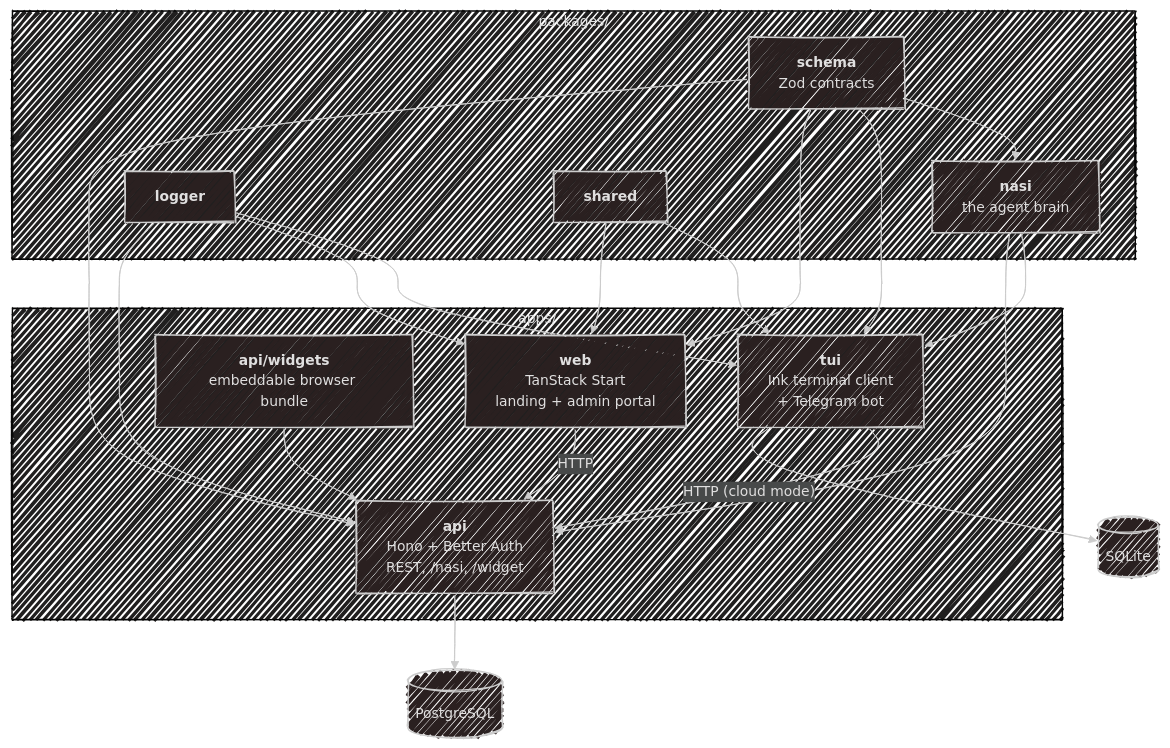
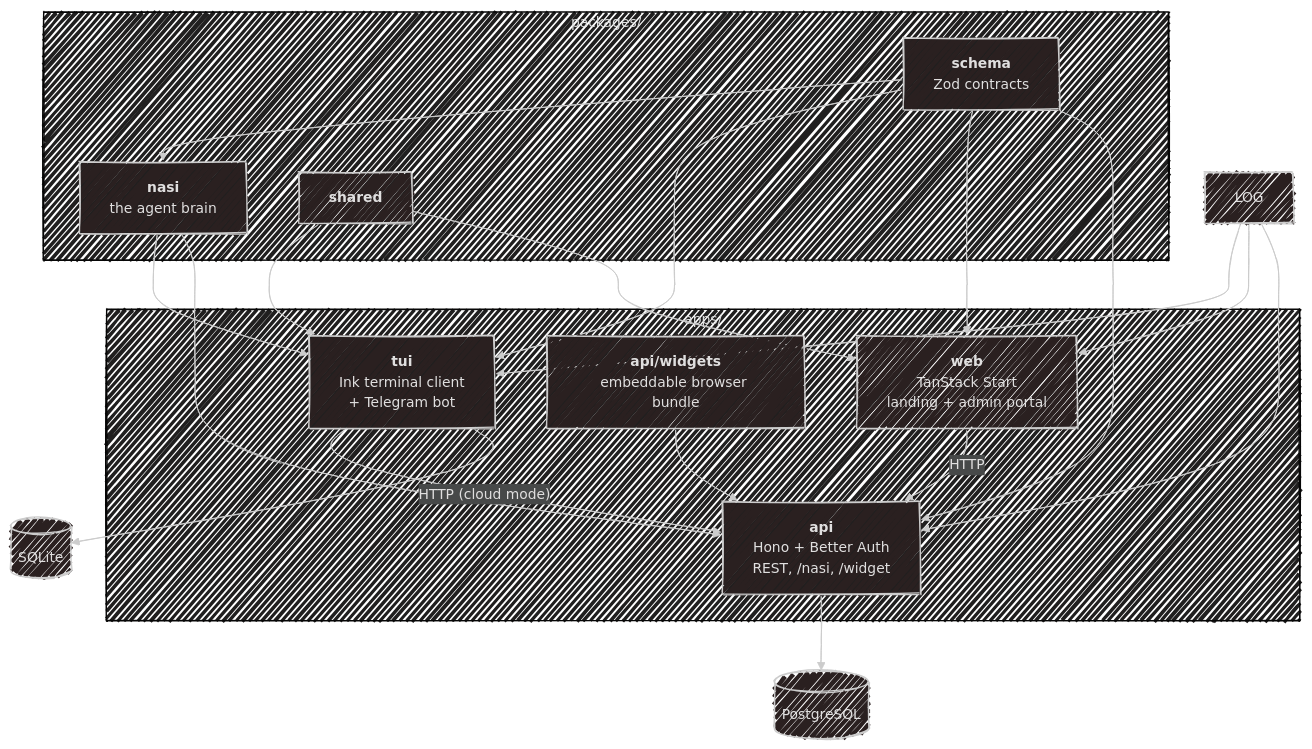
Before and after one commit to SubZtep/kaja: the diagram in docs/development.md, drawn with Mermaid. The commit also changed other lines of this file and 68 other files, not shown here.

````diff
--- a/docs/development.md
+++ b/docs/development.md
@@ -14,39 +14,38 @@
 ```mermaid
 ---
 config:
   look: handDrawn
   theme: neo-dark
 ---
 flowchart TD
     subgraph Apps["apps/"]
         API["<b>api</b><br>Hono + Better Auth<br>REST, /nasi, /widget"]
         WEB["<b>web</b><br>TanStack Start<br>landing + admin portal"]
         TUI["<b>tui</b><br>Ink terminal client<br>+ Telegram bot"]
         WID["<b>api/widgets</b><br>embeddable browser bundle"]
     end
     subgraph Pkgs["packages/"]
         NASI["<b>nasi</b><br>the agent brain"]
         SCH["<b>schema</b><br>Zod contracts"]
-        LOG["<b>logger</b>"]
         SHR["<b>shared</b>"]
     end
     DB[("PostgreSQL")]
     SQL[("SQLite")]
 
     NASI --> API
     NASI --> TUI
     SCH --> API
     SCH --> WEB
     SCH --> TUI
     SCH --> NASI
     LOG --> API
     LOG --> WEB
     LOG --> TUI
     SHR --> WEB
     SHR --> TUI
     WID --> API
     API --> DB
     TUI --> SQL
     WEB -->|HTTP| API
     TUI -->|"HTTP (cloud mode)"| API
 ```
````
